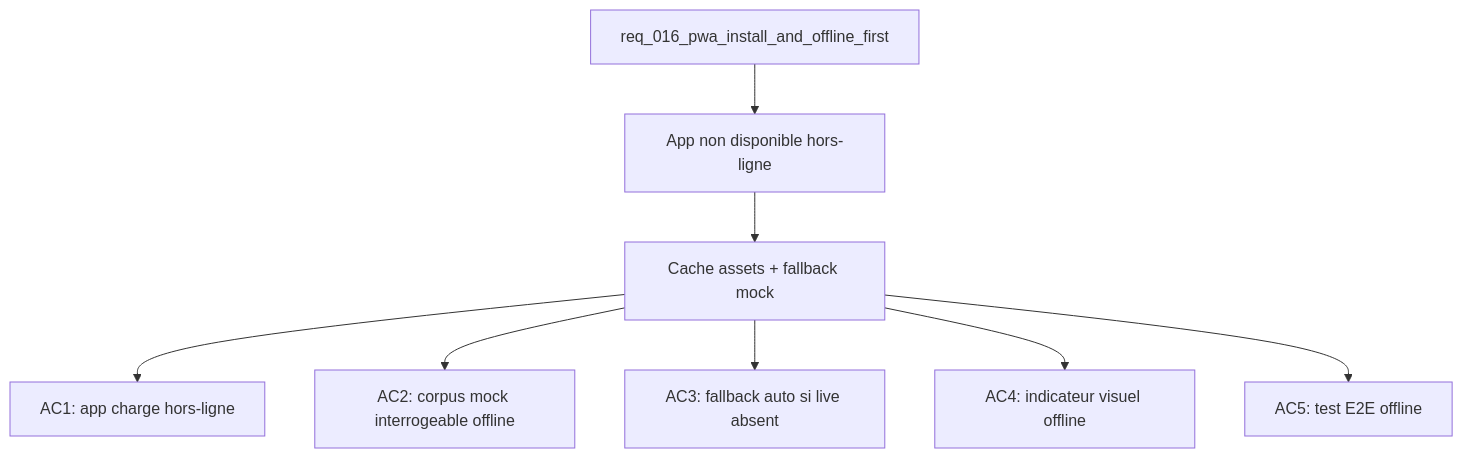
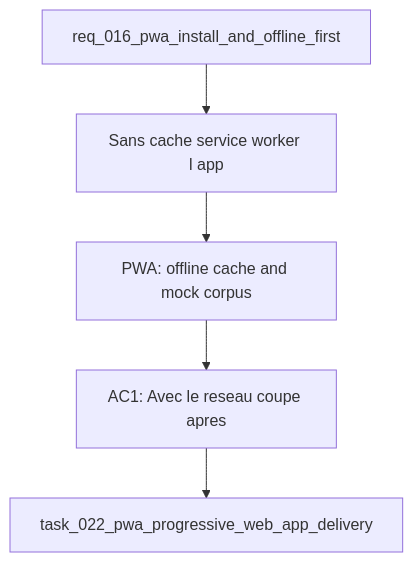
One commit to AlexAgo83/deepvault changed the diagram in logics/backlog/item_058_pwa_offline_cache_and_mock_fallback.md. Above: the diagram before and after it, drawn with Mermaid. The commit also changed 57 other files, not shown here.

````diff
--- a/logics/backlog/item_058_pwa_offline_cache_and_mock_fallback.md
+++ b/logics/backlog/item_058_pwa_offline_cache_and_mock_fallback.md
@@ -20,12 +20,9 @@
 ```mermaid
 %% logics-kind: backlog
 %% logics-signature: backlog|pwa-offline-cache-and-mock-corpus-fallba|req-016-pwa-install-and-offline-first|sans-cache-service-worker-l-app|ac1-avec-le-reseau-coupe-apres
 flowchart TD
-    Request[req_016_pwa_install_and_offline_first] --> Problem[App non disponible hors-ligne]
-    Problem --> Scope[Cache assets + fallback mock]
-    Scope --> AC1[AC1: app charge hors-ligne]
-    Scope --> AC2[AC2: corpus mock interrogeable offline]
-    Scope --> AC3[AC3: fallback auto si live absent]
-    Scope --> AC4[AC4: indicateur visuel offline]
-    Scope --> AC5[AC5: test E2E offline]
+    Request[req_016_pwa_install_and_offline_first] --> Problem[Sans cache service worker l app]
+    Problem --> Scope[PWA: offline cache and mock corpus]
+    Scope --> Acceptance[AC1: Avec le reseau coupe apres]
+    Acceptance --> Tasks[task_022_pwa_progressive_web_app_delivery]
 ```
````
